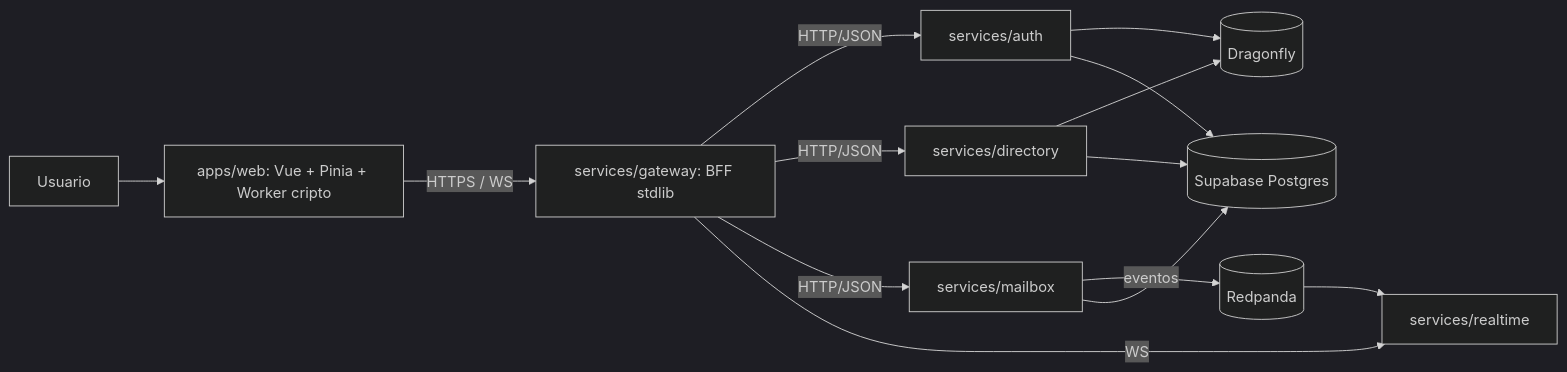
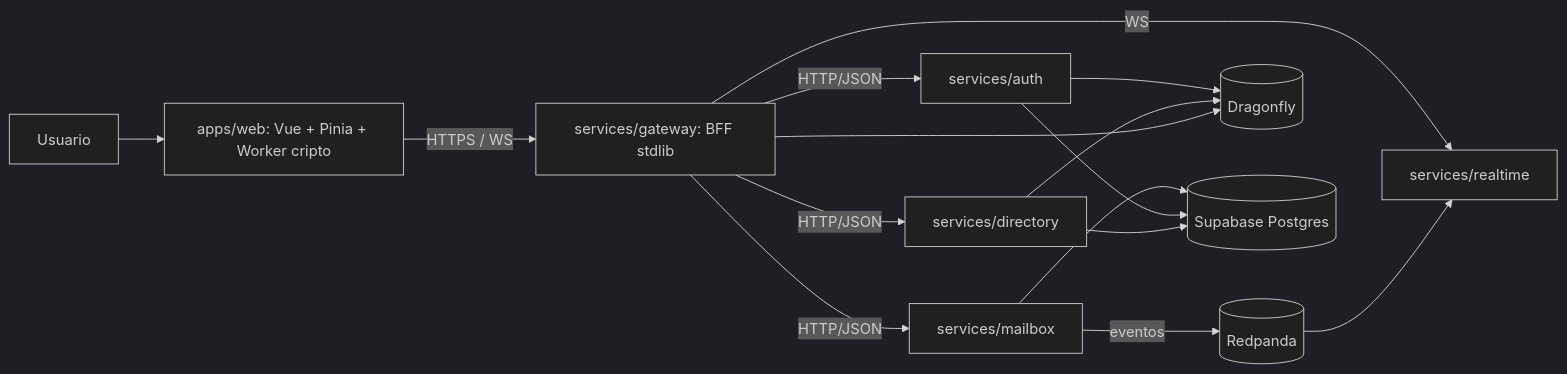
One commit to Jessbludev/bina-mail changed the diagram in docs/architecture.md. Above: the diagram before and after it, drawn with Mermaid (dark theme). The commit also changed other lines of this file and 6 other files, not shown here.

````diff
--- a/docs/architecture.md
+++ b/docs/architecture.md
@@ -5,16 +5,17 @@
 ```mermaid
 flowchart LR
   U[Usuario] --> W[apps/web: Vue + Pinia + Worker cripto]
   W -->|HTTPS / WS| G[services/gateway: BFF stdlib]
   G -->|HTTP/JSON| A[services/auth]
   G -->|HTTP/JSON| D[services/directory]
   G -->|HTTP/JSON| M[services/mailbox]
   G -->|WS| R[services/realtime]
   M -->|eventos| P[(Redpanda)]
   P --> R
   A --> C[(Dragonfly)]
   D --> C
+  G --> C
   M --> DB[(Supabase Postgres)]
   A --> DB
   D --> DB
 ```
````
